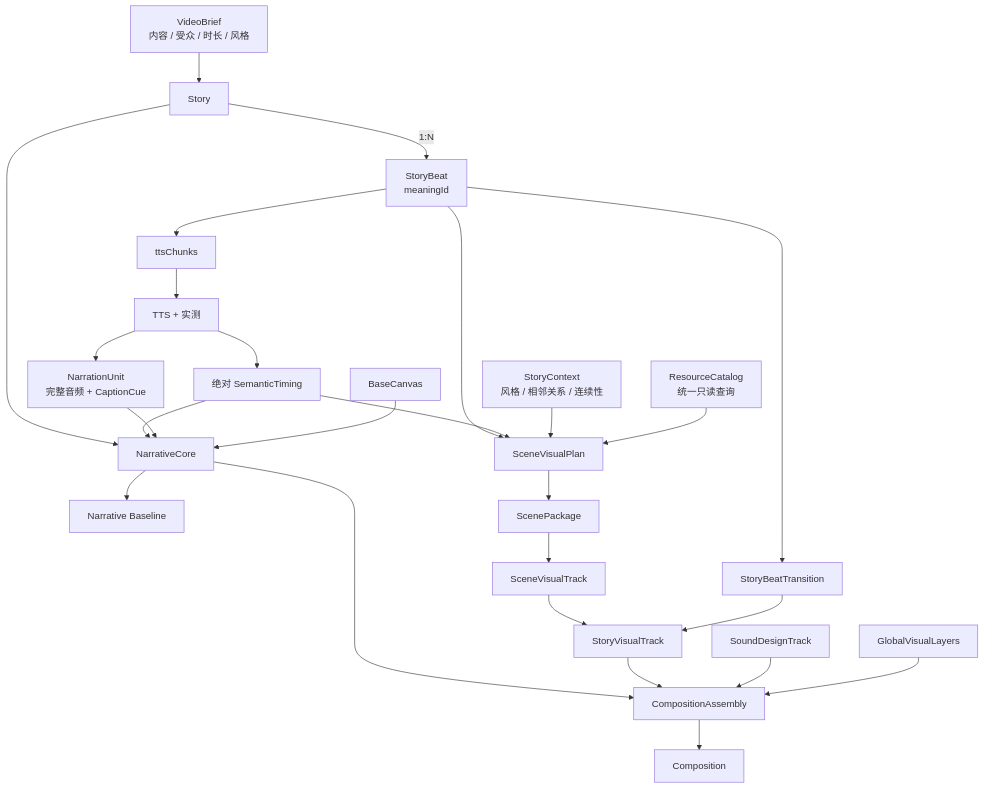
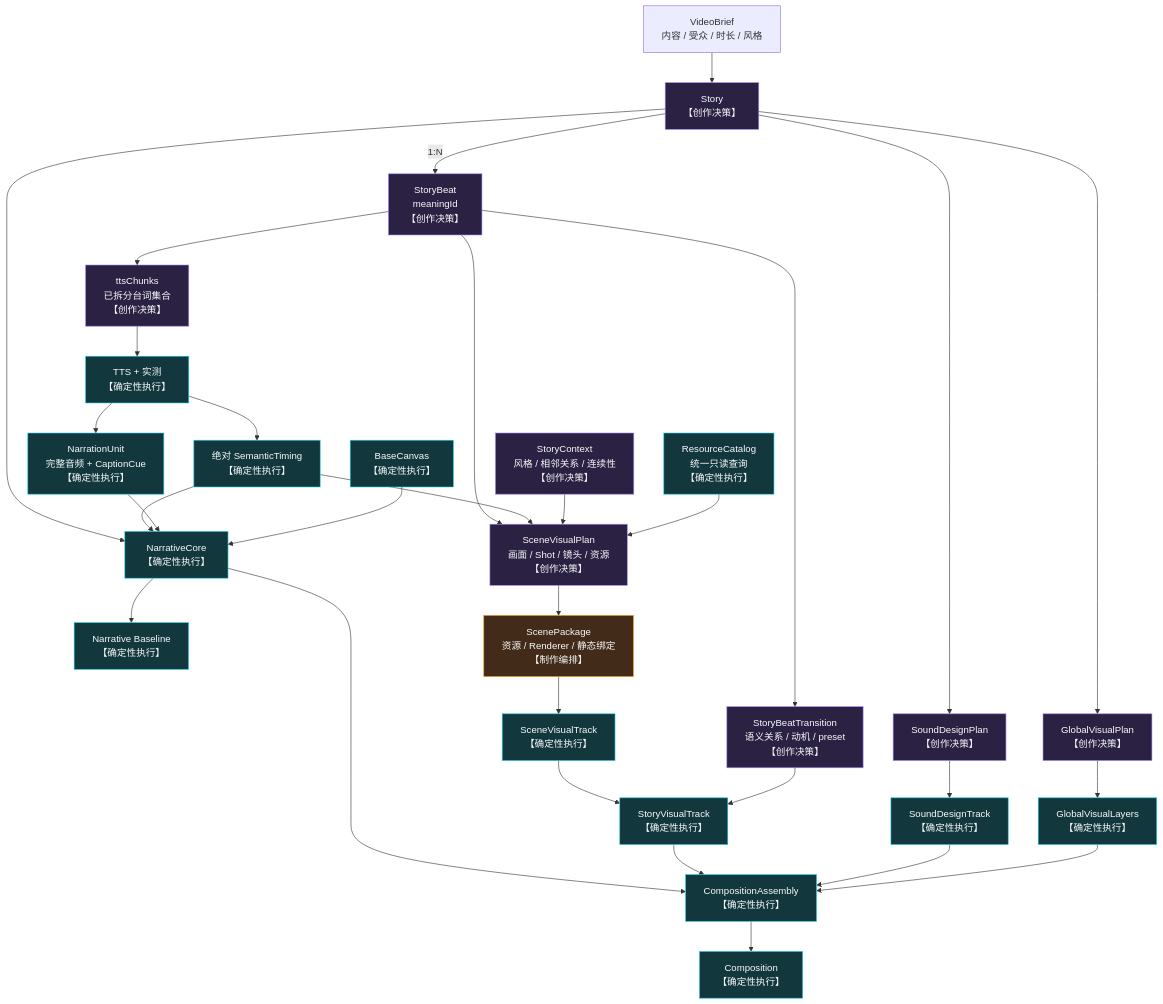
The first of 2 diagrams in docs/ARCHITECTURE.md (AXMORF/axmorf-studio), drawn with Mermaid before and after one commit. The commit also changed other lines of this file and 2 other files, not shown here.

Commit message:
docs: clarify architecture node responsibilities

````diff
--- a/docs/ARCHITECTURE.md
+++ b/docs/ARCHITECTURE.md
@@ -5,32 +17,44 @@
 ```mermaid
 flowchart TB
-    Brief["VideoBrief<br/>内容 / 受众 / 时长 / 风格"] --> Story["Story"]
-    Story -->|"1:N"| Beat["StoryBeat<br/>meaningId"]
+    Brief["VideoBrief<br/>内容 / 受众 / 时长 / 风格"] --> Story["Story<br/>【创作决策】"]
+    Story -->|"1:N"| Beat["StoryBeat<br/>meaningId<br/>【创作决策】"]
 
-    Beat --> Chunks["ttsChunks"]
-    Chunks --> TTS["TTS + 实测"]
-    TTS --> Timing["绝对 SemanticTiming"]
-    TTS --> Narration["NarrationUnit<br/>完整音频 + CaptionCue"]
-    Story --> Core["NarrativeCore"]
+    Beat --> Chunks["ttsChunks<br/>已拆分台词集合<br/>【创作决策】"]
+    Chunks --> TTS["TTS + 实测<br/>【确定性执行】"]
+    TTS --> Timing["绝对 SemanticTiming<br/>【确定性执行】"]
+    TTS --> Narration["NarrationUnit<br/>完整音频 + CaptionCue<br/>【确定性执行】"]
+    Story --> Core["NarrativeCore<br/>【确定性执行】"]
     Timing --> Core
     Narration --> Core
-    Base["BaseCanvas"] --> Core
-    Core --> Baseline["Narrative Baseline"]
+    Base["BaseCanvas<br/>【确定性执行】"] --> Core
+    Core --> Baseline["Narrative Baseline<br/>【确定性执行】"]
 
-    Beat --> Plan["SceneVisualPlan"]
+    Beat --> Plan["SceneVisualPlan<br/>画面 / Shot / 镜头 / 资源<br/>【创作决策】"]
     Timing --> Plan
-    Context["StoryContext<br/>风格 / 相邻关系 / 连续性"] --> Plan
-    Catalog["ResourceCatalog<br/>统一只读查询"] --> Plan
-    Plan --> Package["ScenePackage"]
-    Package --> VisualUnit["SceneVisualTrack"]
+    Context["StoryContext<br/>风格 / 相邻关系 / 连续性<br/>【创作决策】"] --> Plan
+    Catalog["ResourceCatalog<br/>统一只读查询<br/>【确定性执行】"] --> Plan
+    Plan --> Package["ScenePackage<br/>资源 / Renderer / 静态绑定<br/>【制作编排】"]
+    Package --> VisualUnit["SceneVisualTrack<br/>【确定性执行】"]
 
-    Beat --> Transition["StoryBeatTransition"]
-    VisualUnit --> Visual["StoryVisualTrack"]
+    Beat --> Transition["StoryBeatTransition<br/>语义关系 / 动机 / preset<br/>【创作决策】"]
+    VisualUnit --> Visual["StoryVisualTrack<br/>【确定性执行】"]
     Transition --> Visual
 
-    Core --> Assembly["CompositionAssembly"]
+    Story --> SoundPlan["SoundDesignPlan<br/>【创作决策】"]
+    SoundPlan --> Sound["SoundDesignTrack<br/>【确定性执行】"]
+    Story --> GlobalPlan["GlobalVisualPlan<br/>【创作决策】"]
+    GlobalPlan --> Global["GlobalVisualLayers<br/>【确定性执行】"]
+
+    Core --> Assembly["CompositionAssembly<br/>【确定性执行】"]
     Visual --> Assembly
-    Sound["SoundDesignTrack"] --> Assembly
-    Global["GlobalVisualLayers"] --> Assembly
-    Assembly --> Composition["Composition"]
+    Sound --> Assembly
+    Global --> Assembly
+    Assembly --> Composition["Composition<br/>【确定性执行】"]
+
+    classDef creative fill:#2b2142,stroke:#a78bfa,color:#f8fafc;
+    classDef orchestration fill:#422b18,stroke:#f59e0b,color:#f8fafc;
+    classDef deterministic fill:#12383d,stroke:#22d3ee,color:#f8fafc;
+    class Story,Beat,Chunks,Plan,Context,Transition,SoundPlan,GlobalPlan creative;
+    class Package orchestration;
+    class TTS,Timing,Narration,Core,Base,Baseline,Catalog,VisualUnit,Visual,Sound,Global,Assembly,Composition deterministic;
 ```
````
